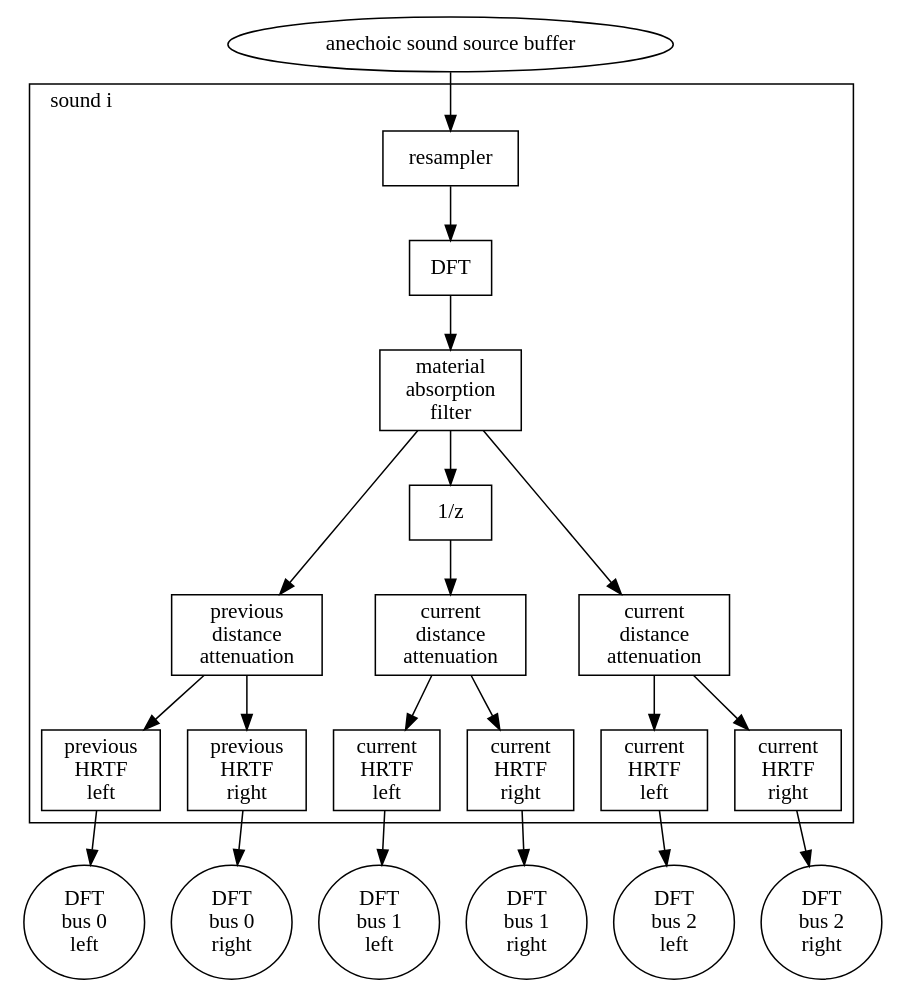
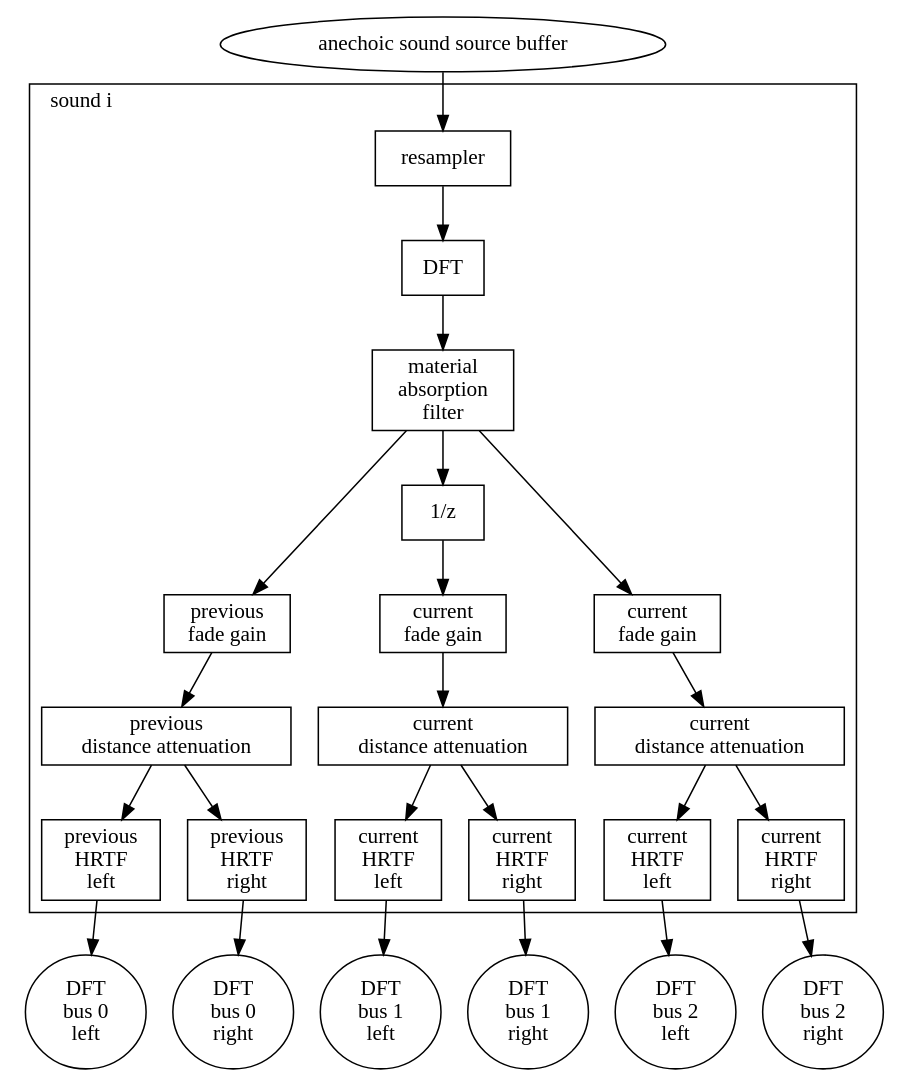
The diagram in libaave/doc/images/audio3.gv (nunocs/libaave), drawn with Graphviz before and after one commit. The commit also changed 3 other files, not shown here.

```diff
--- a/libaave/doc/images/audio3.gv
+++ b/libaave/doc/images/audio3.gv
@@ -1,58 +1,68 @@
 digraph {
 	buffer [label="anechoic sound source buffer"]
 	resampler [shape=box]
 	DFT [shape=box]
 	material_filter [label="material\nabsorption\nfilter",shape=box]
 
 	z1 [label="1/z",shape=box]
 
-	distance0 [label="previous\ndistance\nattenuation",shape=box]
-	distance1 [label="current\ndistance\nattenuation",shape=box]
-	distance2 [label="current\ndistance\nattenuation",shape=box]
+	fade0 [label="previous\nfade gain",shape=box]
+	fade1 [label="current\nfade gain",shape=box]
+	fade2 [label="current\nfade gain",shape=box]
+
+	distance0 [label="previous\ndistance attenuation",shape=box]
+	distance1 [label="current\ndistance attenuation",shape=box]
+	distance2 [label="current\ndistance attenuation",shape=box]
 
 	hrtf0l [label="previous\nHRTF\nleft",shape=box]
 	hrtf0r [label="previous\nHRTF\nright",shape=box]
 	hrtf1l [label="current\nHRTF\nleft",shape=box]
 	hrtf1r [label="current\nHRTF\nright",shape=box]
 	hrtf2l [label="current\nHRTF\nleft",shape=box]
 	hrtf2r [label="current\nHRTF\nright",shape=box]
 
 	bus0l [label="DFT\nbus 0\nleft"]
 	bus0r [label="DFT\nbus 0\nright"]
 	bus1l [label="DFT\nbus 1\nleft"]
 	bus1r [label="DFT\nbus 1\nright"]
 	bus2l [label="DFT\nbus 2\nleft"]
 	bus2r [label="DFT\nbus 2\nright"]
 
 	buffer -> resampler
 
 	subgraph cluster {
 		label="sound i"
 		labeljust=left
 
 		resampler -> DFT
 		DFT -> material_filter
 
-		material_filter -> distance0
+		material_filter -> fade0
 		material_filter -> z1
-		material_filter -> distance2
+		material_filter -> fade2
 
-		z1 -> distance1
+		z1 -> fade1
+
+		fade0 -> distance0
+		fade1 -> distance1
+		fade2 -> distance2
+
+		{ rank = same; fade0; fade1; fade2 }
 
 		distance0 -> hrtf0l
 		distance0 -> hrtf0r
 		distance1 -> hrtf1l
 		distance1 -> hrtf1r
 		distance2 -> hrtf2l
 		distance2 -> hrtf2r
 
 		{ rank = same; distance0; distance1; distance2 }
 	}
 
 	hrtf0l -> bus0l
 	hrtf0r -> bus0r
 	hrtf1l -> bus1l
 	hrtf1r -> bus1r
 	hrtf2l -> bus2l
 	hrtf2r -> bus2r
 }
```
